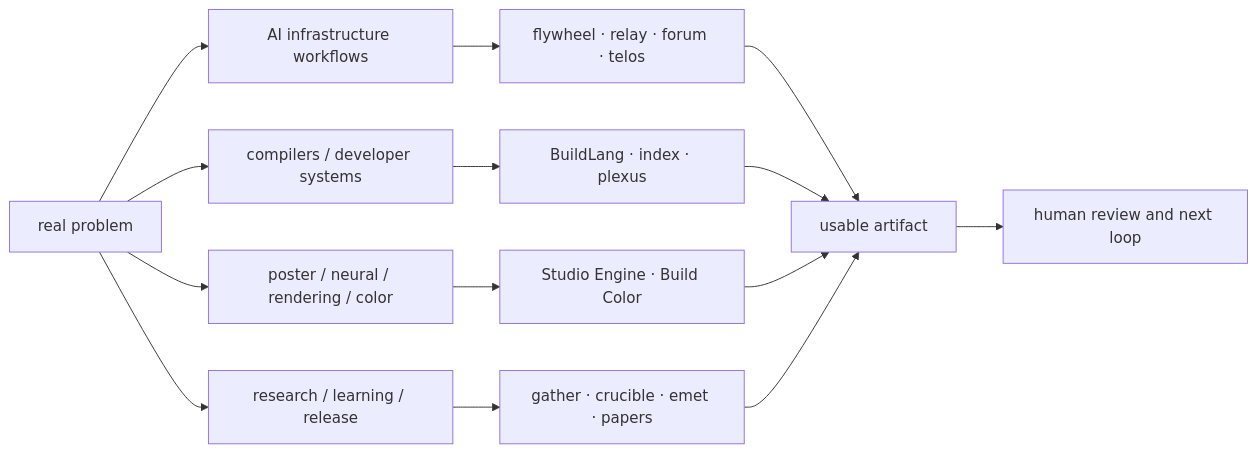
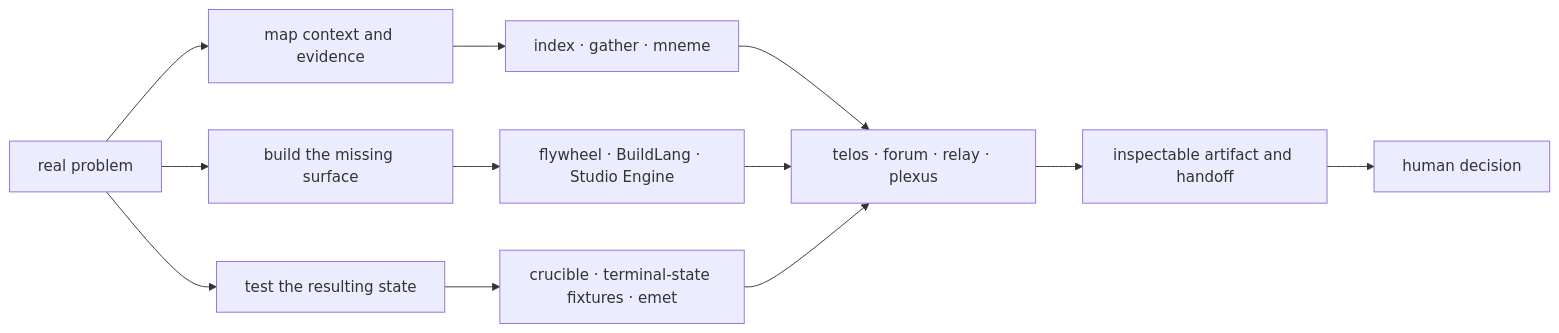
The diagram in README.md (HarperZ9/HarperZ9), drawn with Mermaid before and after one commit. The commit also changed other lines of this file, not shown here.

````diff
--- a/README.md
+++ b/README.md
@@ -101,16 +97,14 @@
 ```mermaid
 flowchart LR
-    problem["real problem"] --> models["AI infrastructure workflows"]
-    problem --> systems["compilers / developer systems"]
-    problem --> visuals["poster / neural / rendering / color"]
-    problem --> research["research / learning / release"]
-    models --> tools["flywheel · relay · forum · telos"]
-    systems --> compiler["BuildLang · index · plexus"]
-    visuals --> art["Studio Engine · Build Color"]
-    research --> evidence["gather · crucible · emet · papers"]
-    tools --> artifact["usable artifact"]
-    compiler --> artifact
-    art --> artifact
-    evidence --> artifact
-    artifact --> human["human review and next loop"]
+    problem["real problem"] --> map["map context and evidence"]
+    problem --> build["build the missing surface"]
+    problem --> test["test the resulting state"]
+    map --> maps["index · gather · mneme"]
+    build --> systems["flywheel · BuildLang · Studio Engine"]
+    test --> checks["crucible · terminal-state fixtures · emet"]
+    maps --> coordinate["telos · forum · relay · plexus"]
+    systems --> coordinate
+    checks --> coordinate
+    coordinate --> artifact["inspectable artifact and handoff"]
+    artifact --> human["human decision"]
 ```
````
